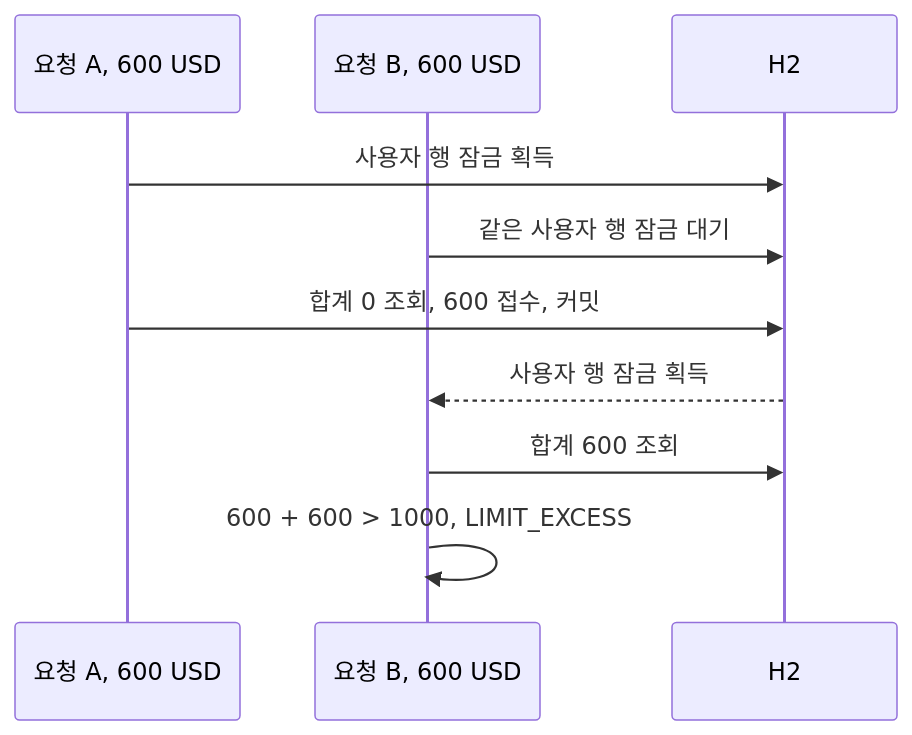
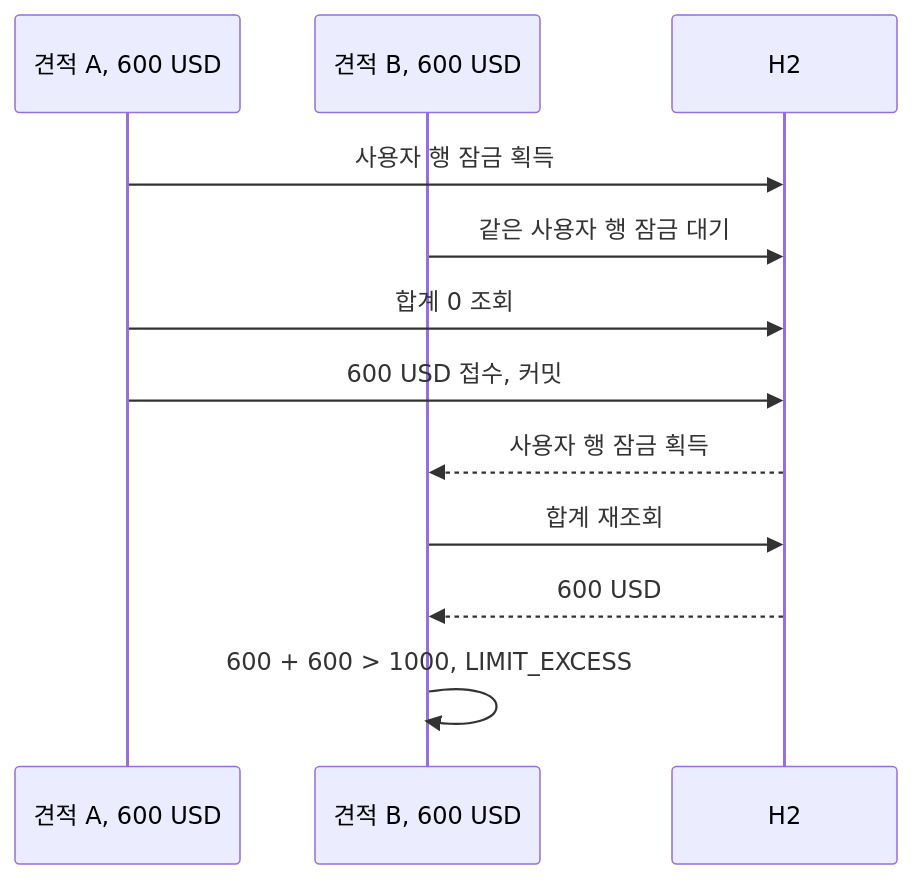
The third of 4 diagrams in docs/application/design.md (ssipflow/GlobalRemittance), drawn with Mermaid before and after one commit. The commit also changed other lines of this file and 2 other files, not shown here.

````diff
--- a/docs/application/design.md
+++ b/docs/application/design.md
@@ -24,12 +91,14 @@
 ```mermaid
 sequenceDiagram
-    participant A as 요청 A, 600 USD
-    participant B as 요청 B, 600 USD
+    participant A as 견적 A, 600 USD
+    participant B as 견적 B, 600 USD
     participant DB as H2
     A->>DB: 사용자 행 잠금 획득
     B->>DB: 같은 사용자 행 잠금 대기
-    A->>DB: 합계 0 조회, 600 접수, 커밋
+    A->>DB: 합계 0 조회
+    A->>DB: 600 USD 접수, 커밋
     DB-->>B: 사용자 행 잠금 획득
-    B->>DB: 합계 600 조회
+    B->>DB: 합계 재조회
+    DB-->>B: 600 USD
     B->>B: 600 + 600 > 1000, LIMIT_EXCESS
 ```
````
